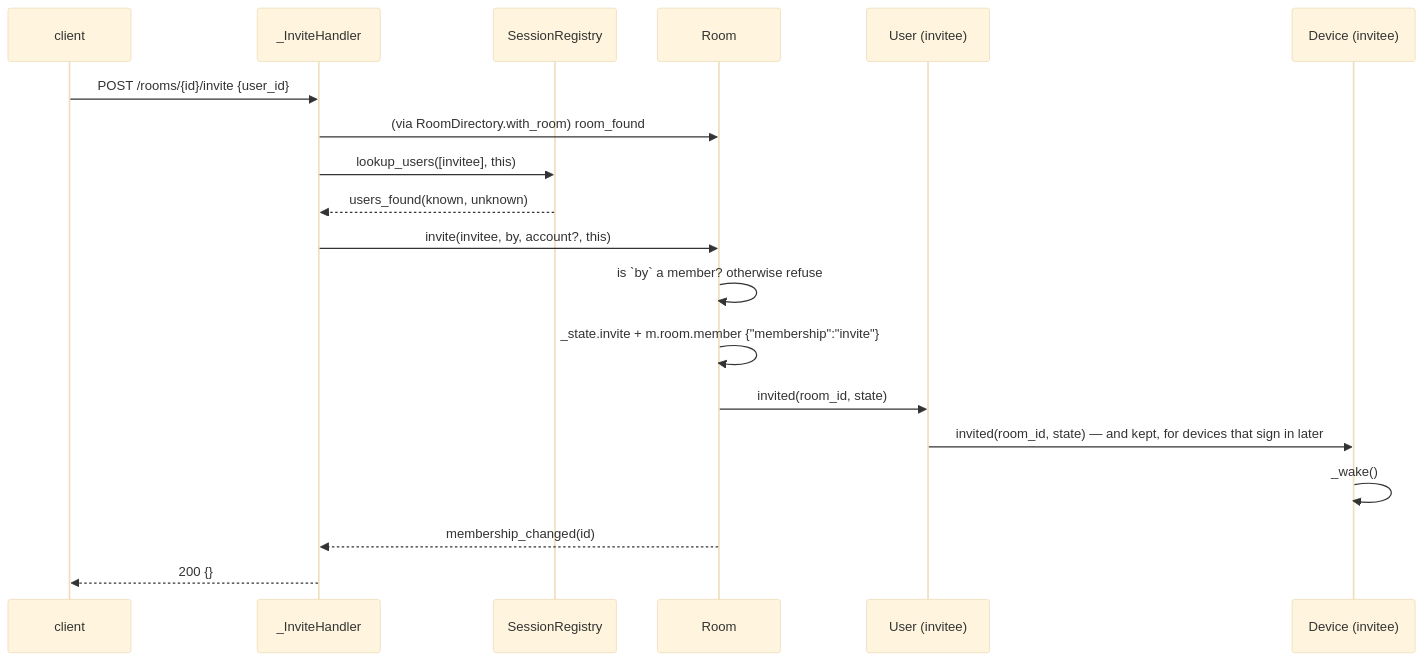
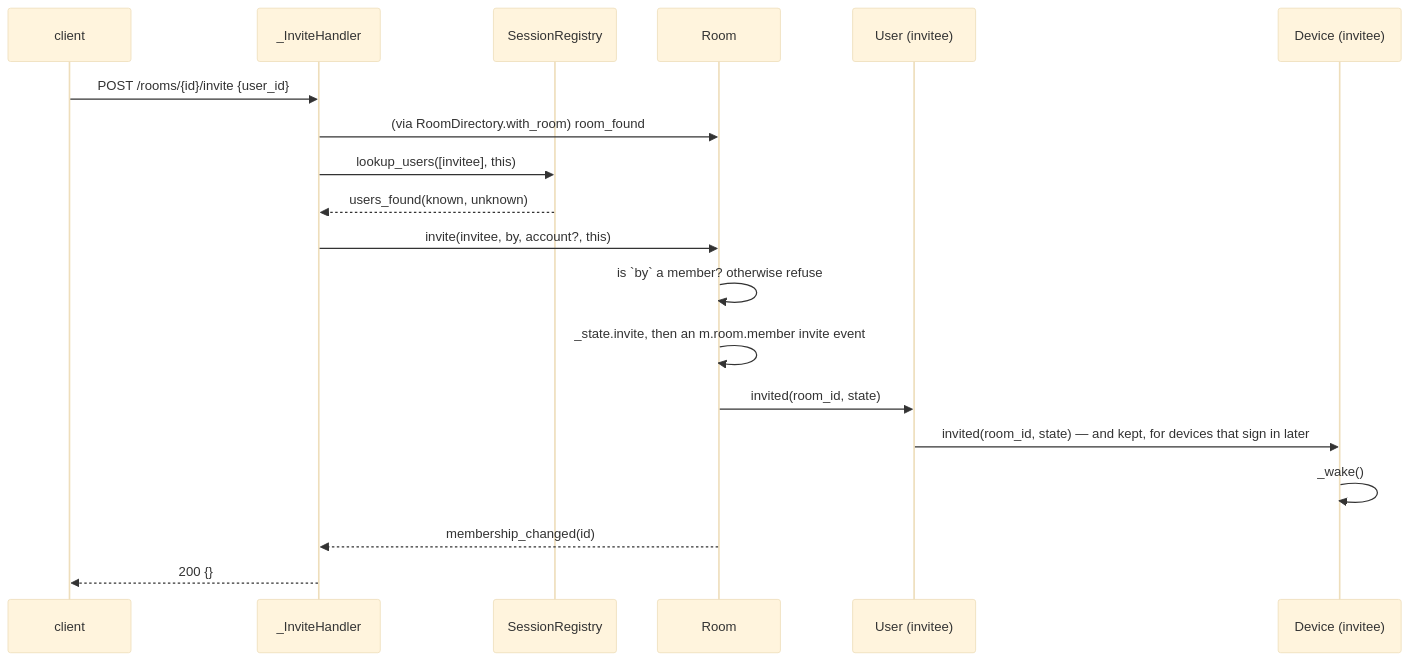
One commit to contact-red/marilwyd changed the eighth of 18 diagrams in docs/architecture.md. Above: the diagram before and after it, drawn with Mermaid (base theme). The commit also changed other lines of this file, not shown here.

First line of the commit message:
Keep the diagrams out of mermaid's escape syntax

````diff
--- a/docs/architecture.md
+++ b/docs/architecture.md
@@ -459,22 +459,22 @@
 ```mermaid
 sequenceDiagram
     participant C as client
     participant IH as _InviteHandler
     participant SR as SessionRegistry
     participant R as Room
     participant U2 as User (invitee)
     participant D2 as Device (invitee)
 
     C->>IH: POST /rooms/{id}/invite {user_id}
     IH->>R: (via RoomDirectory.with_room) room_found
     IH->>SR: lookup_users([invitee], this)
     SR-->>IH: users_found(known, unknown)
     IH->>R: invite(invitee, by, account?, this)
     R->>R: is `by` a member? otherwise refuse
-    R->>R: _state.invite + m.room.member {"membership":"invite"}
+    R->>R: _state.invite, then an m.room.member invite event
     R->>U2: invited(room_id, state)
     U2->>D2: invited(room_id, state) — and kept, for devices that sign in later
     D2->>D2: _wake()
     R-->>IH: membership_changed(id)
     IH-->>C: 200 {}
 ```
````
